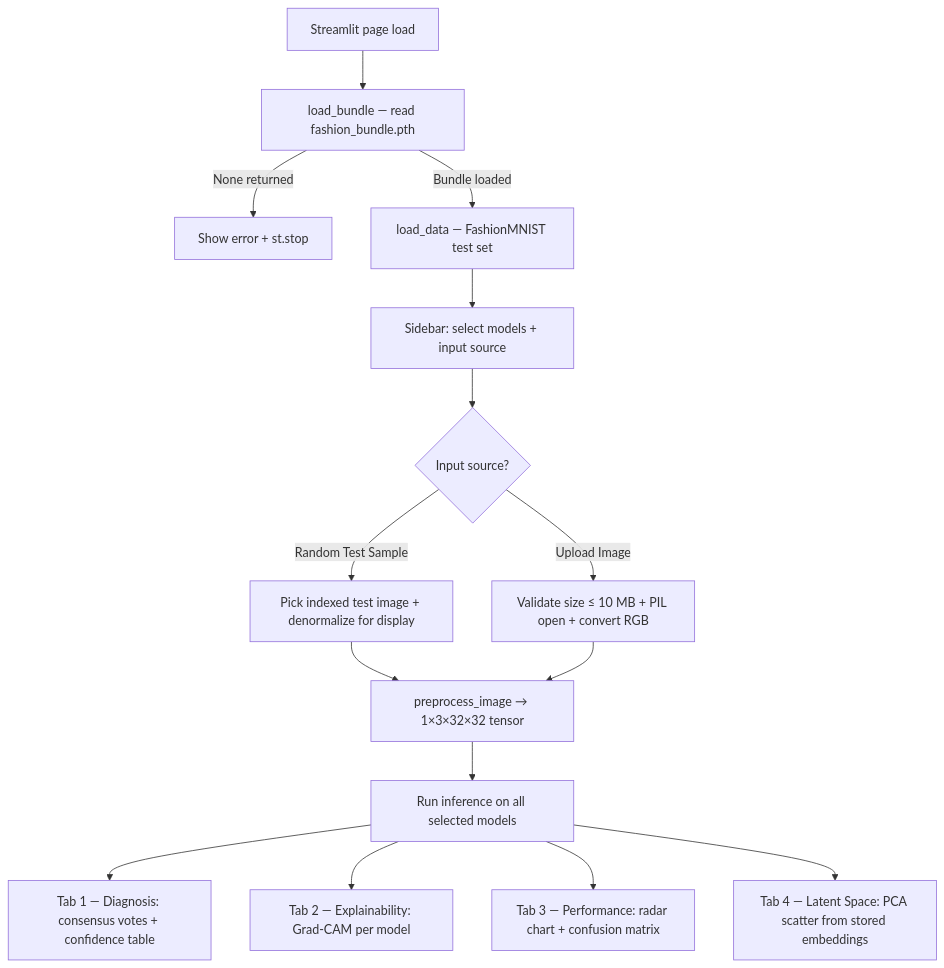
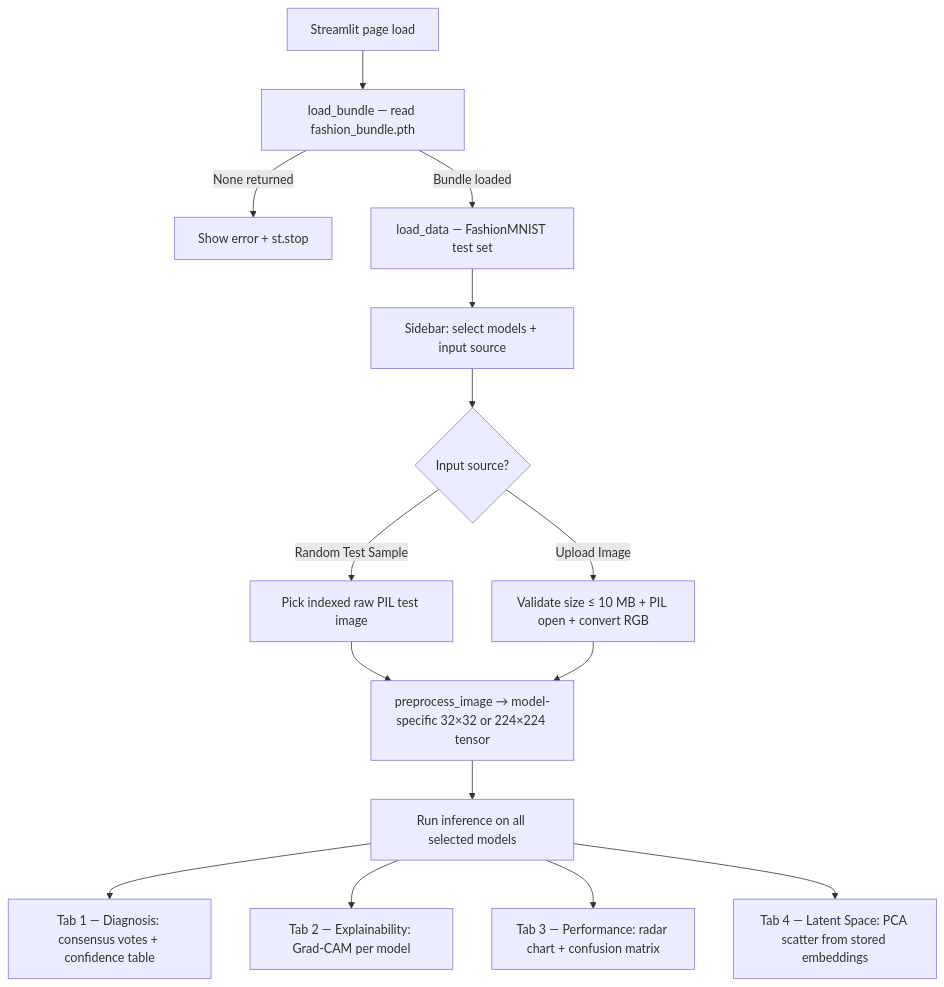
The second of 2 diagrams in README.md (pypi-ahmad/Fashion-Class-Classification), drawn with Mermaid before and after one commit. The commit also changed other lines of this file and 5 other files, not shown here.

````diff
--- a/README.md
+++ b/README.md
@@ -102,17 +106,17 @@
 ```mermaid
 flowchart TD
     A[Streamlit page load] --> B[load_bundle — read fashion_bundle.pth]
     B -->|None returned| B1[Show error + st.stop]
     B -->|Bundle loaded| C[load_data — FashionMNIST test set]
     C --> D[Sidebar: select models + input source]
     D --> E{Input source?}
-    E -->|Random Test Sample| F[Pick indexed test image + denormalize for display]
+    E -->|Random Test Sample| F[Pick indexed raw PIL test image]
     E -->|Upload Image| G[Validate size ≤ 10 MB + PIL open + convert RGB]
-    F --> H[preprocess_image → 1×3×32×32 tensor]
+    F --> H[preprocess_image → model-specific 32×32 or 224×224 tensor]
     G --> H
     H --> I[Run inference on all selected models]
     I --> J[Tab 1 — Diagnosis: consensus votes + confidence table]
     I --> K[Tab 2 — Explainability: Grad-CAM per model]
     I --> L[Tab 3 — Performance: radar chart + confusion matrix]
     I --> M[Tab 4 — Latent Space: PCA scatter from stored embeddings]
 ```
````
